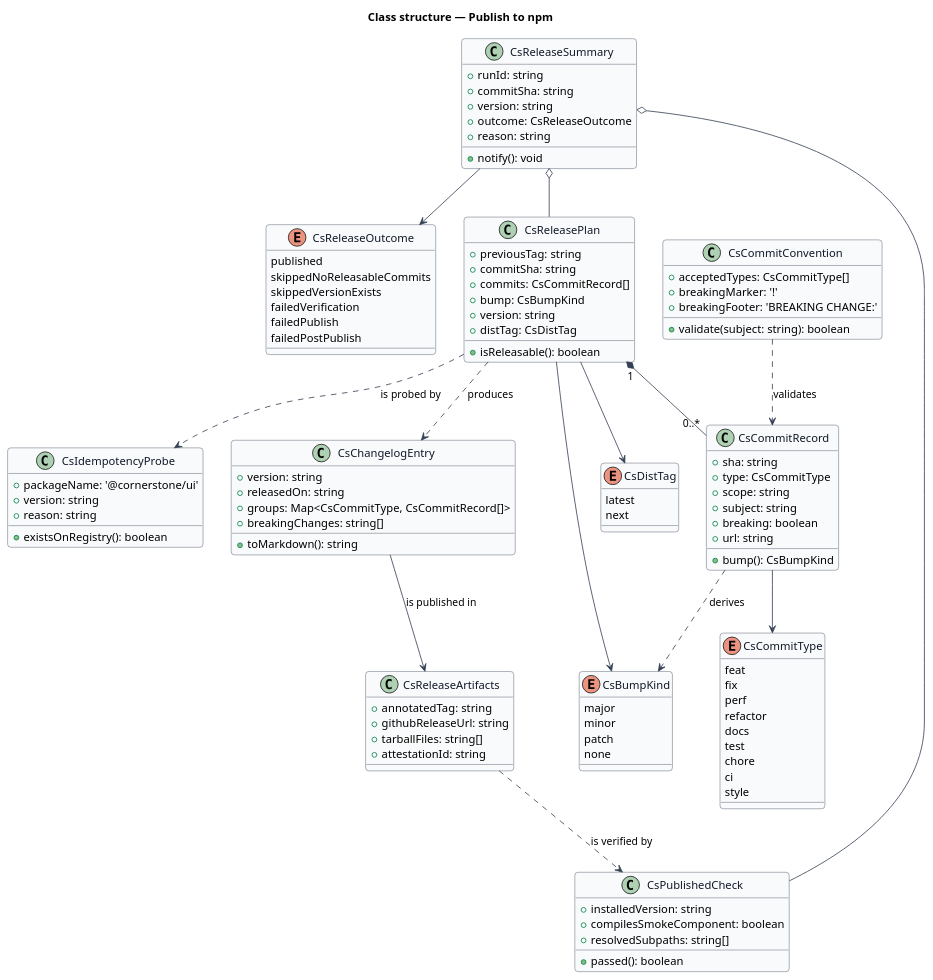
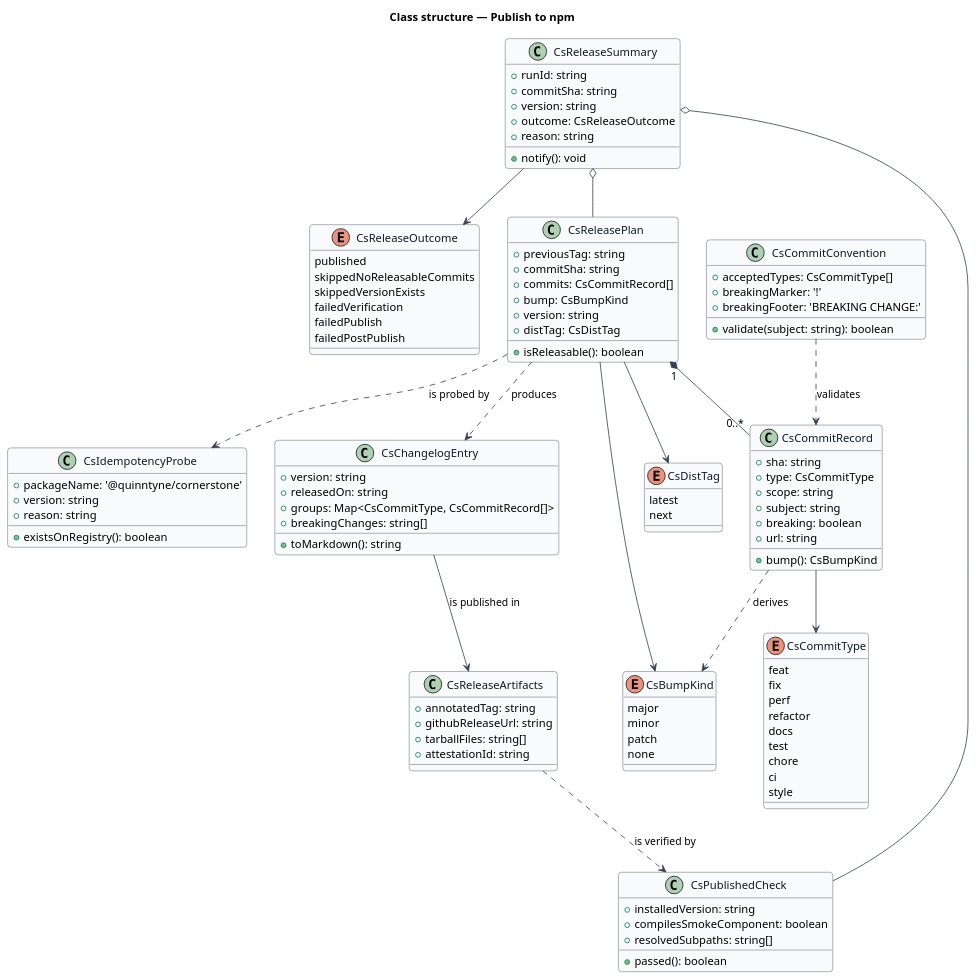
Before and after one commit to QuinntyneBrown/Cornerstone: the diagram in docs/detailed-designs/delivery/publish-to-npm/diagrams/class-structure.puml, drawn with PlantUML. The commit also changed 125 other files, not shown here.

```diff
--- a/docs/detailed-designs/delivery/publish-to-npm/diagrams/class-structure.puml
+++ b/docs/detailed-designs/delivery/publish-to-npm/diagrams/class-structure.puml
@@ -1,127 +1,127 @@
 @startuml
 ' --- shared skin header ---
 skinparam backgroundColor #FFFFFF
 skinparam shadowing false
 skinparam roundcorner 8
 skinparam defaultFontName Arial
 skinparam ArrowColor #344054
 skinparam class {
   BorderColor #344054
   FontColor #101828
   BackgroundColor #F9FAFB
 }
 ' --------------------------
 title Class structure — Publish to npm
 
 enum CsCommitType {
   feat
   fix
   perf
   refactor
   docs
   test
   chore
   ci
   style
 }
 
 enum CsBumpKind {
   major
   minor
   patch
   none
 }
 
 enum CsDistTag {
   latest
   next
 }
 
 enum CsReleaseOutcome {
   published
   skippedNoReleasableCommits
   skippedVersionExists
   failedVerification
   failedPublish
   failedPostPublish
 }
 
 class CsCommitRecord {
   +sha: string
   +type: CsCommitType
   +scope: string
   +subject: string
   +breaking: boolean
   +url: string
   +bump(): CsBumpKind
 }
 
 class CsCommitConvention {
   +acceptedTypes: CsCommitType[]
   +breakingMarker: '!'
   +breakingFooter: 'BREAKING CHANGE:'
   +validate(subject: string): boolean
 }
 
 class CsReleasePlan {
   +previousTag: string
   +commitSha: string
   +commits: CsCommitRecord[]
   +bump: CsBumpKind
   +version: string
   +distTag: CsDistTag
   +isReleasable(): boolean
 }
 
 class CsIdempotencyProbe {
-  +packageName: '@cornerstone/ui'
+  +packageName: '@quinntyne/cornerstone'
   +version: string
   +existsOnRegistry(): boolean
   +reason: string
 }
 
 class CsChangelogEntry {
   +version: string
   +releasedOn: string
   +groups: Map<CsCommitType, CsCommitRecord[]>
   +breakingChanges: string[]
   +toMarkdown(): string
 }
 
 class CsReleaseArtifacts {
   +annotatedTag: string
   +githubReleaseUrl: string
   +tarballFiles: string[]
   +attestationId: string
 }
 
 class CsPublishedCheck {
   +installedVersion: string
   +compilesSmokeComponent: boolean
   +resolvedSubpaths: string[]
   +passed(): boolean
 }
 
 class CsReleaseSummary {
   +runId: string
   +commitSha: string
   +version: string
   +outcome: CsReleaseOutcome
   +reason: string
   +notify(): void
 }
 
 CsCommitRecord --> CsCommitType
 CsCommitRecord ..> CsBumpKind : derives
 CsCommitConvention ..> CsCommitRecord : validates
 CsReleasePlan "1" *-- "0..*" CsCommitRecord
 CsReleasePlan --> CsBumpKind
 CsReleasePlan --> CsDistTag
 CsReleasePlan ..> CsIdempotencyProbe : is probed by
 CsReleasePlan ..> CsChangelogEntry : produces
 CsChangelogEntry --> CsReleaseArtifacts : is published in
 CsReleaseArtifacts ..> CsPublishedCheck : is verified by
 CsReleaseSummary --> CsReleaseOutcome
 CsReleaseSummary o-- CsReleasePlan
 CsReleaseSummary o-- CsPublishedCheck
 @enduml
```
